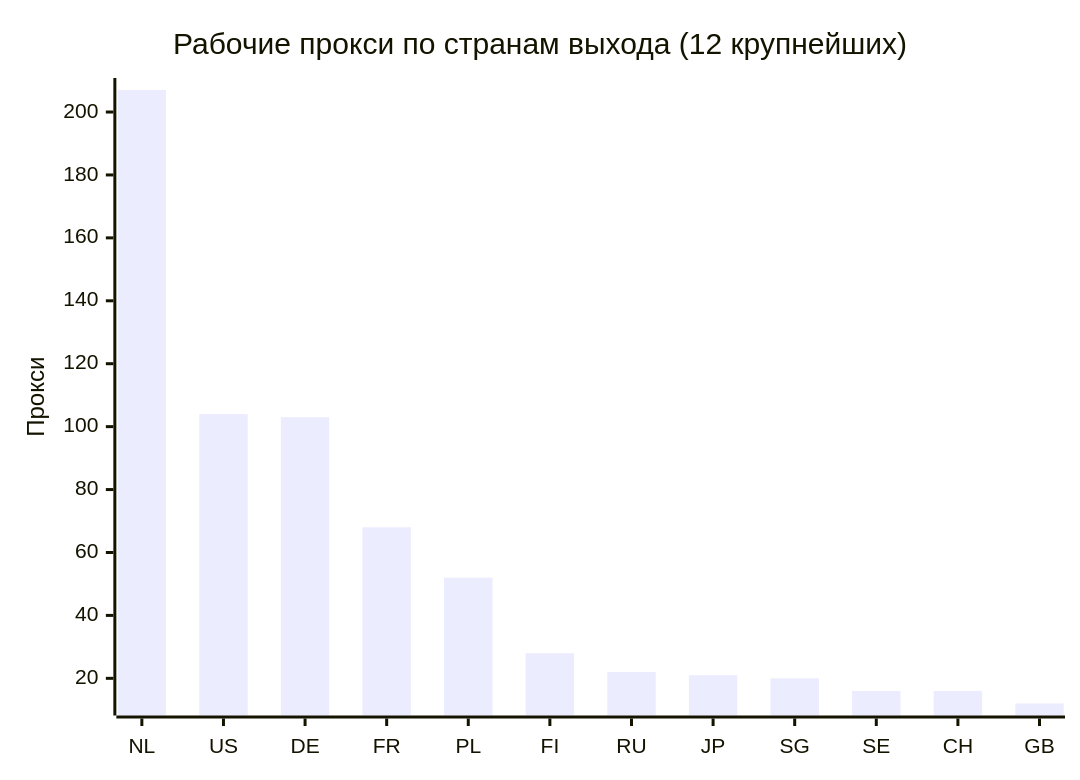
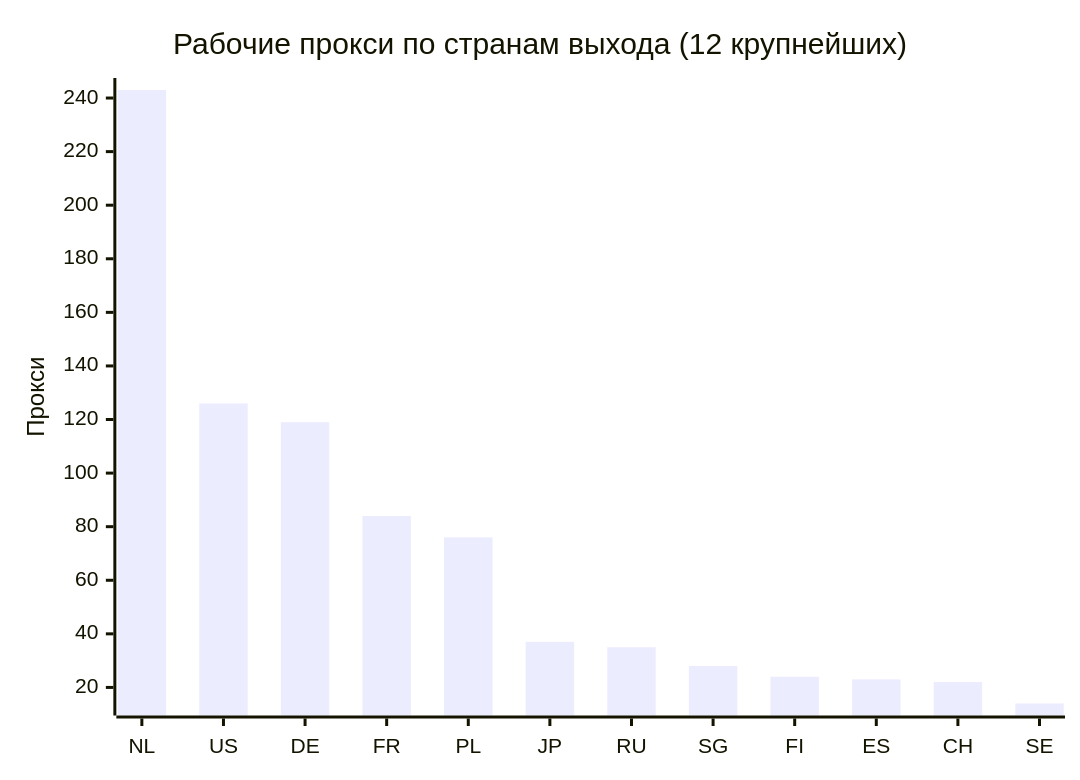
One commit to rvvg/proxy-subs changed the second of 4 diagrams in README.md. Above: the diagram before and after it, drawn with Mermaid. The commit also changed other lines of this file and 53 other files, not shown here.

````diff
--- a/README.md
+++ b/README.md
@@ -135,7 +130,7 @@
 ```mermaid
 xychart-beta
     title "Рабочие прокси по странам выхода (12 крупнейших)"
-    x-axis ["NL", "US", "DE", "FR", "PL", "FI", "RU", "JP", "SG", "SE", "CH", "GB"]
+    x-axis ["NL", "US", "DE", "FR", "PL", "JP", "RU", "SG", "FI", "ES", "CH", "SE"]
     y-axis "Прокси"
-    bar [207, 104, 103, 68, 52, 28, 22, 21, 20, 16, 16, 12]
+    bar [243, 126, 119, 84, 76, 37, 35, 28, 24, 23, 22, 14]
 ```
````
